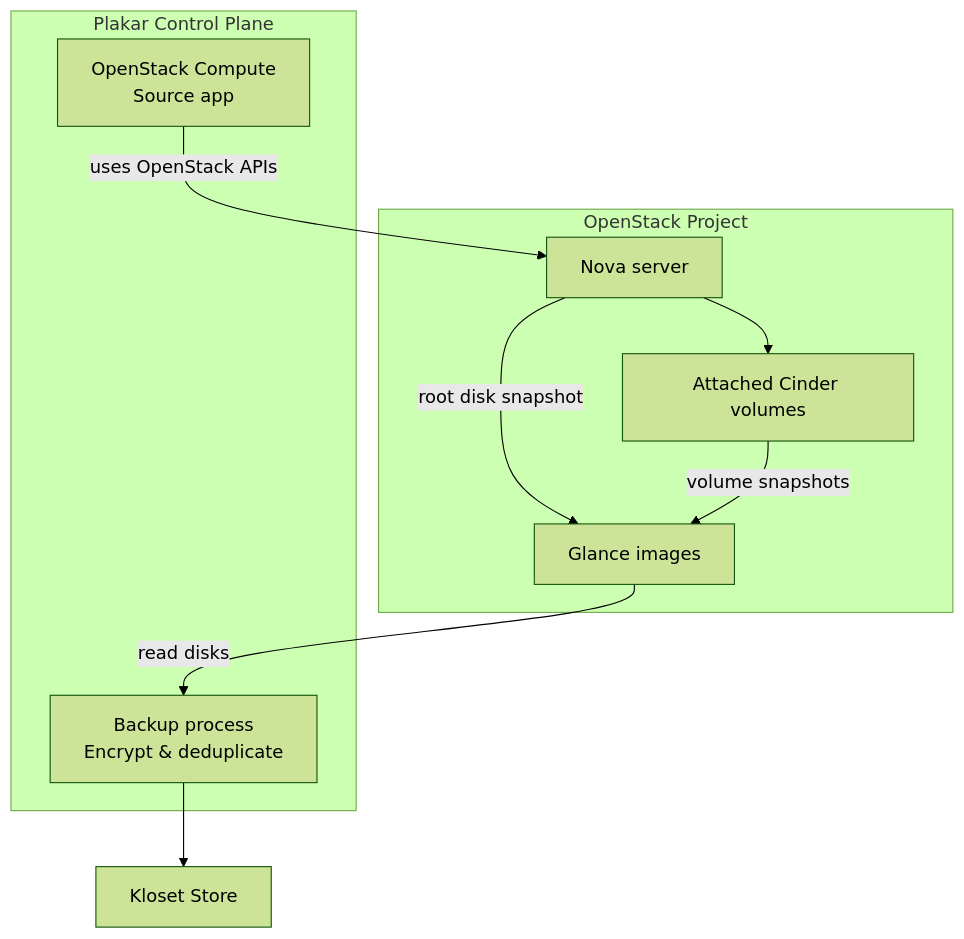
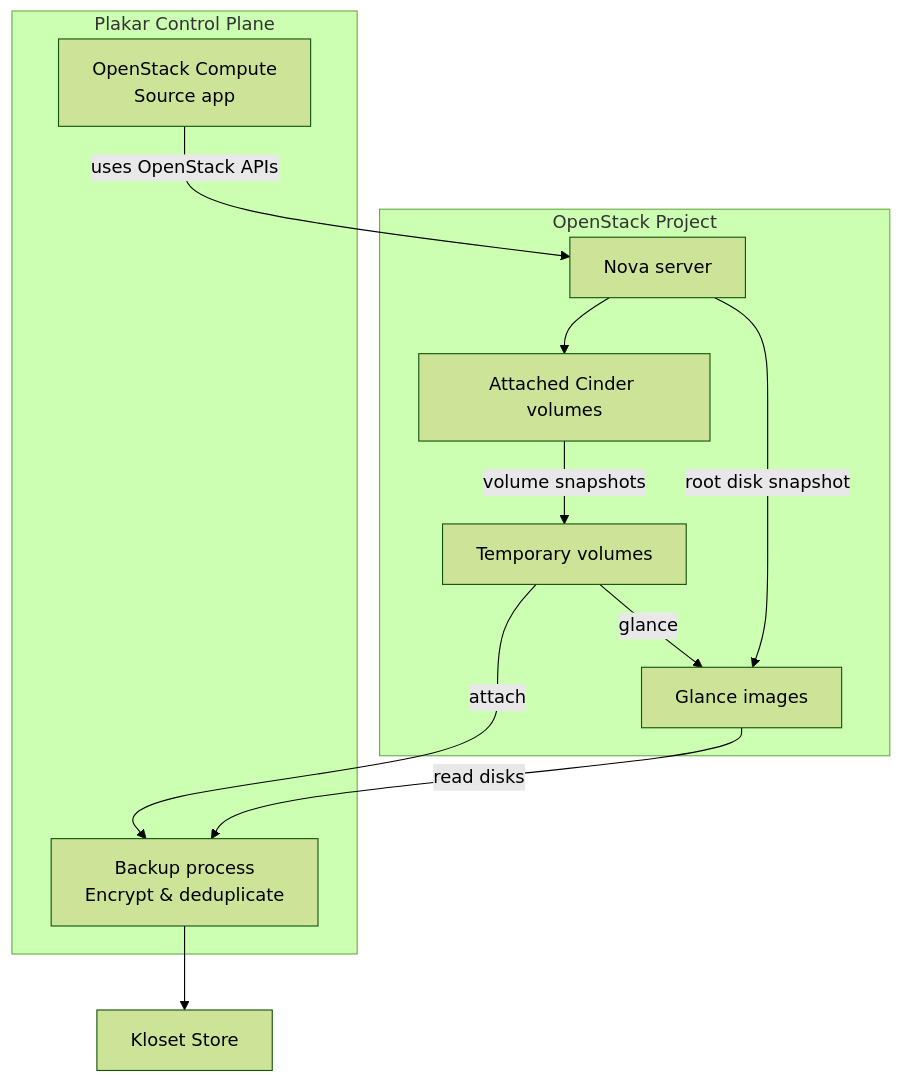
The first of 2 diagrams in content/docs/control-plane/resources/compute/openstack.md (PlakarKorp/plakar.io), drawn with Mermaid (forest theme) before and after one commit. The commit also changed other lines of this file and 1 other file, not shown here.

```diff
--- a/content/docs/control-plane/resources/compute/openstack.md
+++ b/content/docs/control-plane/resources/compute/openstack.md
@@ -60,22 +62,25 @@
 {{< mermaid >}}
 flowchart TD
   subgraph OpenStack["OpenStack Project"]
     Server["Nova server"]
     Volumes["Attached Cinder volumes"]
+    Temp["Temporary volumes"]
     Images["Glance images"]
   end
 
   subgraph Plakar["Plakar Control Plane"]
     Source["OpenStack Compute<br/>Source app"]
     Backup["Backup process<br/>Encrypt & deduplicate"]
   end
 
   Store["Kloset Store"]
 
   Source -->|"uses OpenStack APIs"| Server
   Server --> Volumes
   Server -->|"root disk snapshot"| Images
-  Volumes -->|"volume snapshots"| Images
+  Volumes -->|"volume snapshots"| Temp
+  Temp -->|"attach"| Backup
+  Temp -->|"glance"| Images
   Images -->|"read disks"| Backup
   Backup --> Store
 {{< /mermaid >}}
```
